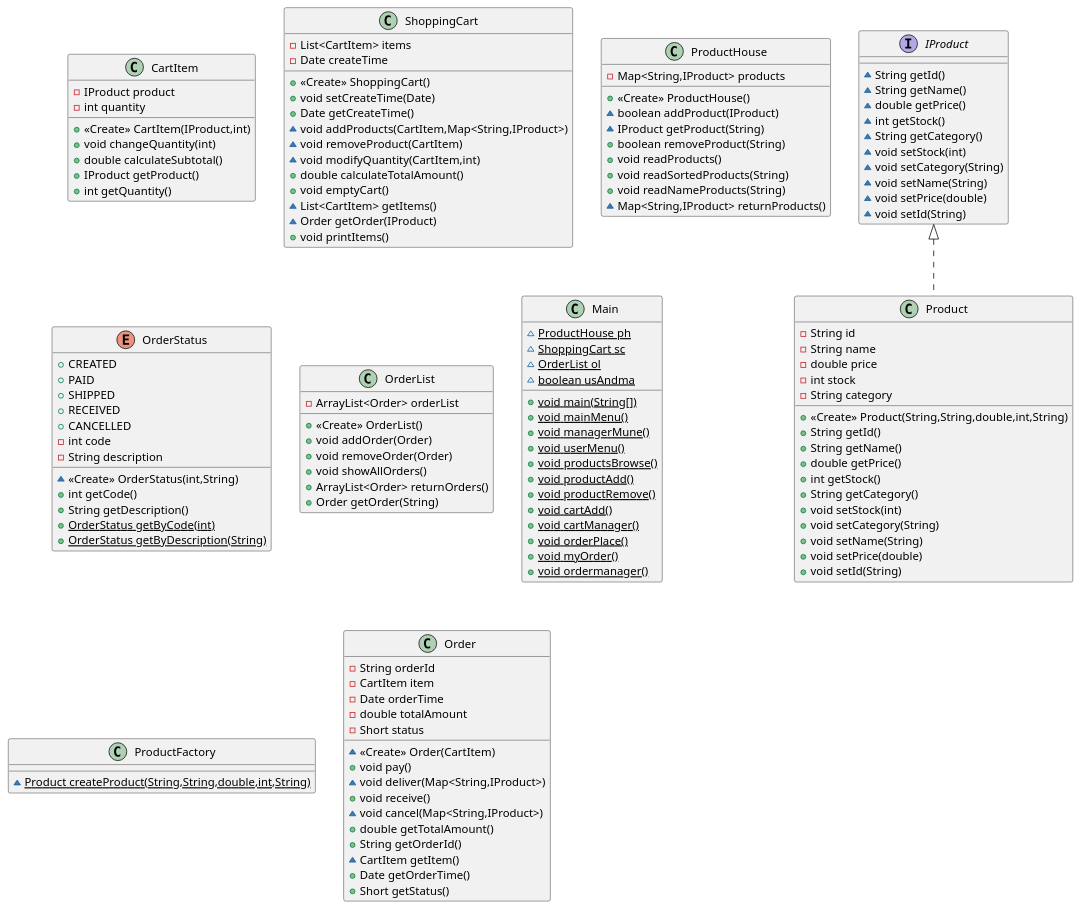
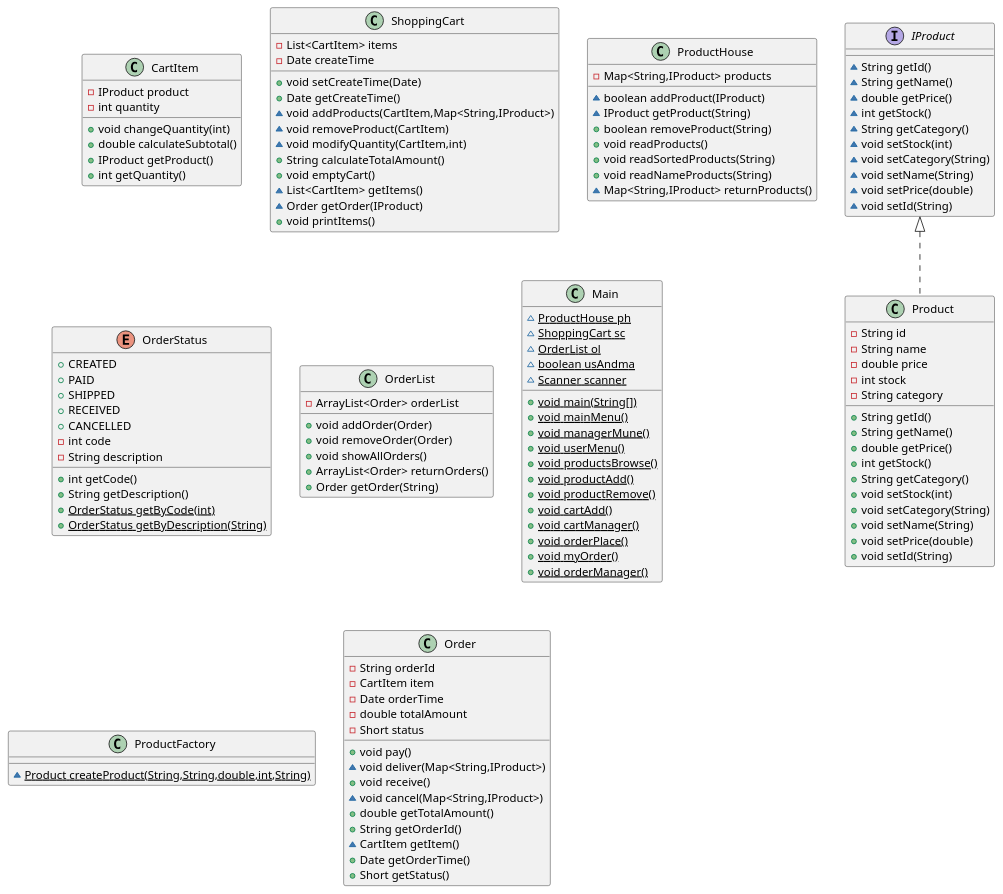
The diagram in onlineShoppingProjectClassDiagram.puml (menghuiwangui/JavaOOPprojects), drawn with PlantUML before and after one commit. The commit also changed 2 other files, not shown here.

```diff
--- a/onlineShoppingProjectClassDiagram.puml
+++ b/onlineShoppingProjectClassDiagram.puml
@@ -1,149 +1,143 @@
 @startuml
 class CartItem {
 - IProduct product
 - int quantity
-+ <<Create>> CartItem(IProduct,int)
 + void changeQuantity(int)
 + double calculateSubtotal()
 + IProduct getProduct()
 + int getQuantity()
 }
 
 
 class ShoppingCart {
 - List<CartItem> items
 - Date createTime
-+ <<Create>> ShoppingCart()
 + void setCreateTime(Date)
 + Date getCreateTime()
 ~ void addProducts(CartItem,Map<String,IProduct>)
 ~ void removeProduct(CartItem)
 ~ void modifyQuantity(CartItem,int)
-+ double calculateTotalAmount()
++ String calculateTotalAmount()
 + void emptyCart()
 ~ List<CartItem> getItems()
 ~ Order getOrder(IProduct)
 + void printItems()
 }
 
 
 class ProductHouse {
 - Map<String,IProduct> products
-+ <<Create>> ProductHouse()
 ~ boolean addProduct(IProduct)
 ~ IProduct getProduct(String)
 + boolean removeProduct(String)
 + void readProducts()
 + void readSortedProducts(String)
 + void readNameProducts(String)
 ~ Map<String,IProduct> returnProducts()
 }
 
 
 enum OrderStatus {
 +  CREATED
 +  PAID
 +  SHIPPED
 +  RECEIVED
 +  CANCELLED
 - int code
 - String description
-~ <<Create>> OrderStatus(int,String)
 + int getCode()
 + String getDescription()
 + {static} OrderStatus getByCode(int)
 + {static} OrderStatus getByDescription(String)
 }
 
 
 class OrderList {
 - ArrayList<Order> orderList
-+ <<Create>> OrderList()
 + void addOrder(Order)
 + void removeOrder(Order)
 + void showAllOrders()
 + ArrayList<Order> returnOrders()
 + Order getOrder(String)
 }
 
 
 class Main {
 ~ {static} ProductHouse ph
 ~ {static} ShoppingCart sc
 ~ {static} OrderList ol
 ~ {static} boolean usAndma
+~ {static} Scanner scanner
 + {static} void main(String[])
 + {static} void mainMenu()
 + {static} void managerMune()
 + {static} void userMenu()
 + {static} void productsBrowse()
 + {static} void productAdd()
 + {static} void productRemove()
 + {static} void cartAdd()
 + {static} void cartManager()
 + {static} void orderPlace()
 + {static} void myOrder()
-+ {static} void ordermanager()
++ {static} void orderManager()
 }
 
 
 interface IProduct {
 ~ String getId()
 ~ String getName()
 ~ double getPrice()
 ~ int getStock()
 ~ String getCategory()
 ~ void setStock(int)
 ~ void setCategory(String)
 ~ void setName(String)
 ~ void setPrice(double)
 ~ void setId(String)
 }
 
 class Product {
 - String id
 - String name
 - double price
 - int stock
 - String category
-+ <<Create>> Product(String,String,double,int,String)
 + String getId()
 + String getName()
 + double getPrice()
 + int getStock()
 + String getCategory()
 + void setStock(int)
 + void setCategory(String)
 + void setName(String)
 + void setPrice(double)
 + void setId(String)
 }
 
 
 class ProductFactory {
 ~ {static} Product createProduct(String,String,double,int,String)
 }
 
 class Order {
 - String orderId
 - CartItem item
 - Date orderTime
 - double totalAmount
 - Short status
-~ <<Create>> Order(CartItem)
 + void pay()
 ~ void deliver(Map<String,IProduct>)
 + void receive()
 ~ void cancel(Map<String,IProduct>)
 + double getTotalAmount()
 + String getOrderId()
 ~ CartItem getItem()
 + Date getOrderTime()
 + Short getStatus()
 }
 
 
 
 
 IProduct <|.. Product
 @enduml
```
